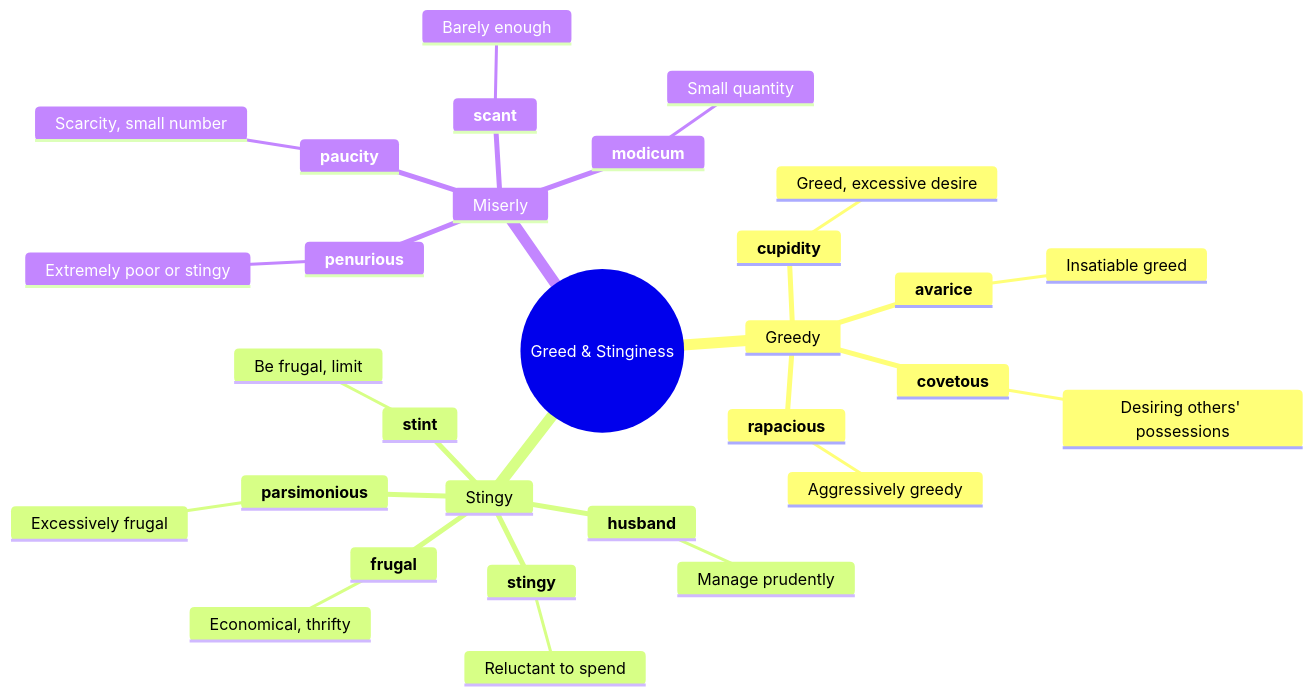
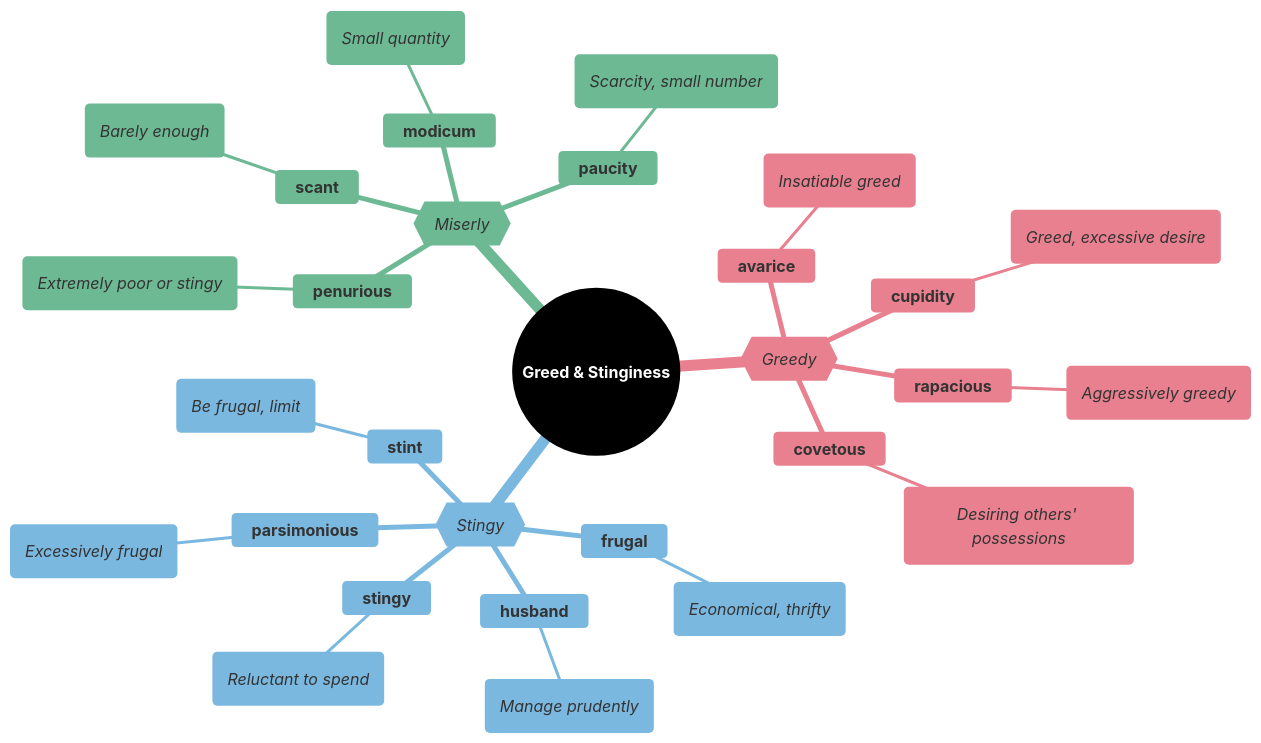
Before and after one commit to 95anantsingh/gre-preparation: the fourth of 7 diagrams in mindmaps/11-wealth-and-poverty.md, drawn with Mermaid. The commit also changed other lines of this file and 14 other files, not shown here.

````diff
--- a/mindmaps/11-wealth-and-poverty.md
+++ b/mindmaps/11-wealth-and-poverty.md
@@ -140,33 +222,52 @@
 ```mermaid
+%%{
+  init: {
+    "theme": "base",
+    "themeVariables": {
+      "primaryColor": "#000000",
+      "cScale1": "#e8808f",  "cScaleInv1": "#a33445",
+      "cScale2": "#7bb8e0",  "cScaleInv2": "#266a93",
+      "cScale3": "#6db993",  "cScaleInv3": "#23543f",
+      "cScale4": "#f5d07a",  "cScaleInv4": "#c4903b",
+      "cScale5": "#b08fcc",  "cScaleInv5": "#5d3b75",
+      "cScale6": "#74dace",  "cScaleInv6": "#217d72",
+      "cScale7": "#f09570",  "cScaleInv7": "#b84112",
+      "cScale8": "#8ea8c2",  "cScaleInv8": "#32465e",
+      "cScale9": "#cc7fba",  "cScaleInv9": "#7d2868",
+      "cScale10": "#c99a78", "cScaleInv10": "#7c4e32",
+      "cScale11": "#a3a3a3", "cScaleInv11": "#3d3d3d"
+    }
+  }
+}%%
 mindmap
-  root((Greed & Stinginess))
-    Greedy
+  root((<font color=white>**Greed & Stinginess**</font>))
+    {{_Greedy_}}
       **avarice**
-        Insatiable greed
+        (_Insatiable greed_)
       **cupidity**
-        Greed, excessive desire
+        (_Greed, excessive desire_)
       **rapacious**
-        Aggressively greedy
+        (_Aggressively greedy_)
       **covetous**
-        Desiring others' possessions
-    Stingy
+        (_Desiring others' possessions_)
+    {{_Stingy_}}
       **stingy**
-        Reluctant to spend
+        (_Reluctant to spend_)
       **frugal**
-        Economical, thrifty
+        (_Economical, thrifty_)
       **parsimonious**
-        Excessively frugal
+        (_Excessively frugal_)
       **husband**
-        Manage prudently
+        (_Manage prudently_)
       **stint**
-        Be frugal, limit
-    Miserly
+        (_Be frugal, limit_)
+    {{_Miserly_}}
       **penurious**
-        Extremely poor or stingy
+        (_Extremely poor or stingy_)
       **scant**
-        Barely enough
+        (_Barely enough_)
       **paucity**
-        Scarcity, small number
+        (_Scarcity, small number_)
       **modicum**
-        Small quantity
+        (_Small quantity_)
 ```
````
